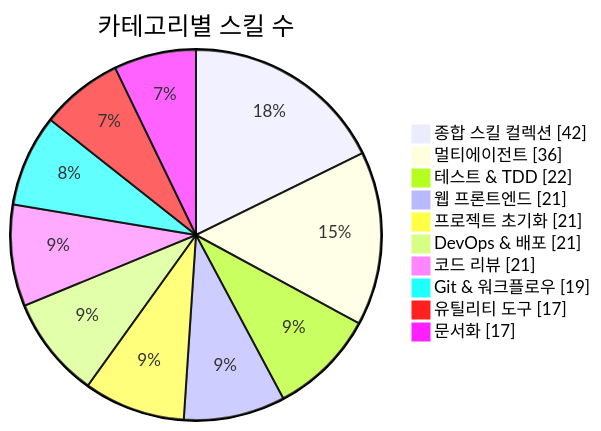
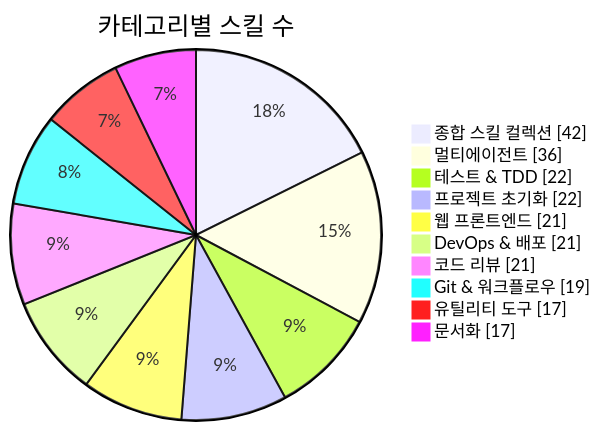
Before and after one commit to J-nowcow/awesome-korean-agent-skills: the first of 3 diagrams in README.md, drawn with Mermaid. The commit also changed other lines of this file and 5 other files, not shown here.

````diff
--- a/README.md
+++ b/README.md
@@ -176,14 +176,14 @@
 ```mermaid
 pie showData
     title 카테고리별 스킬 수
     "종합 스킬 컬렉션" : 42
     "멀티에이전트" : 36
     "테스트 & TDD" : 22
+    "프로젝트 초기화" : 22
     "웹 프론트엔드" : 21
-    "프로젝트 초기화" : 21
     "DevOps & 배포" : 21
     "코드 리뷰" : 21
     "Git & 워크플로우" : 19
     "유틸리티 도구" : 17
     "문서화" : 17
 ```
````
